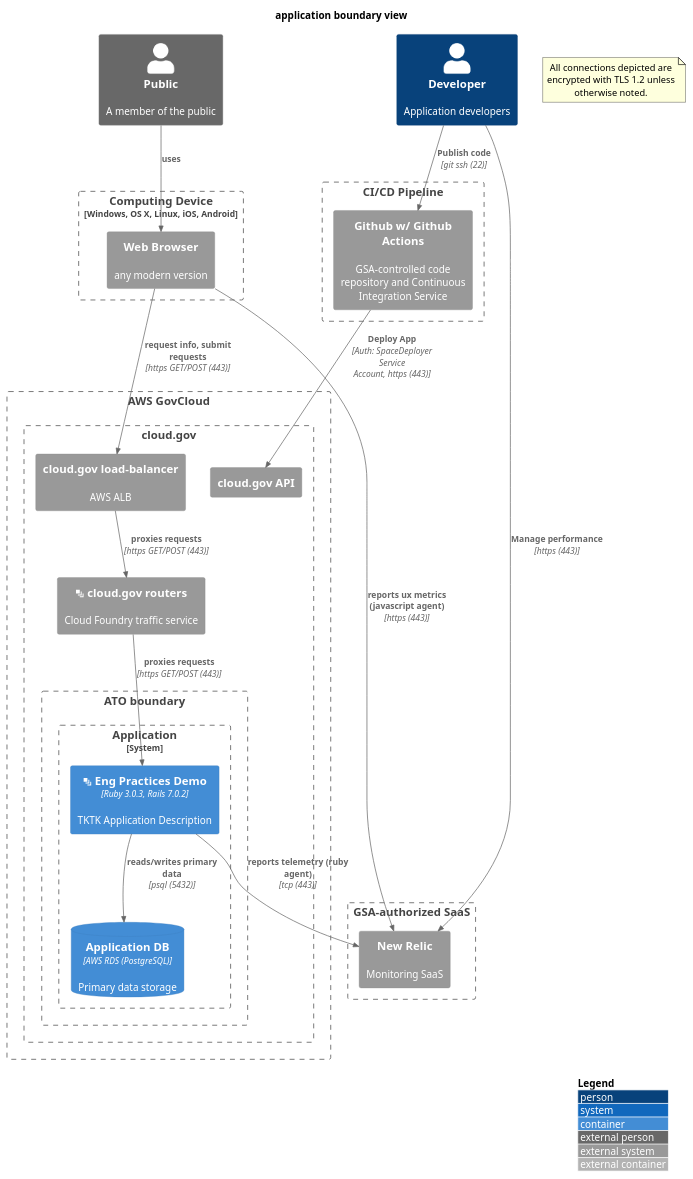
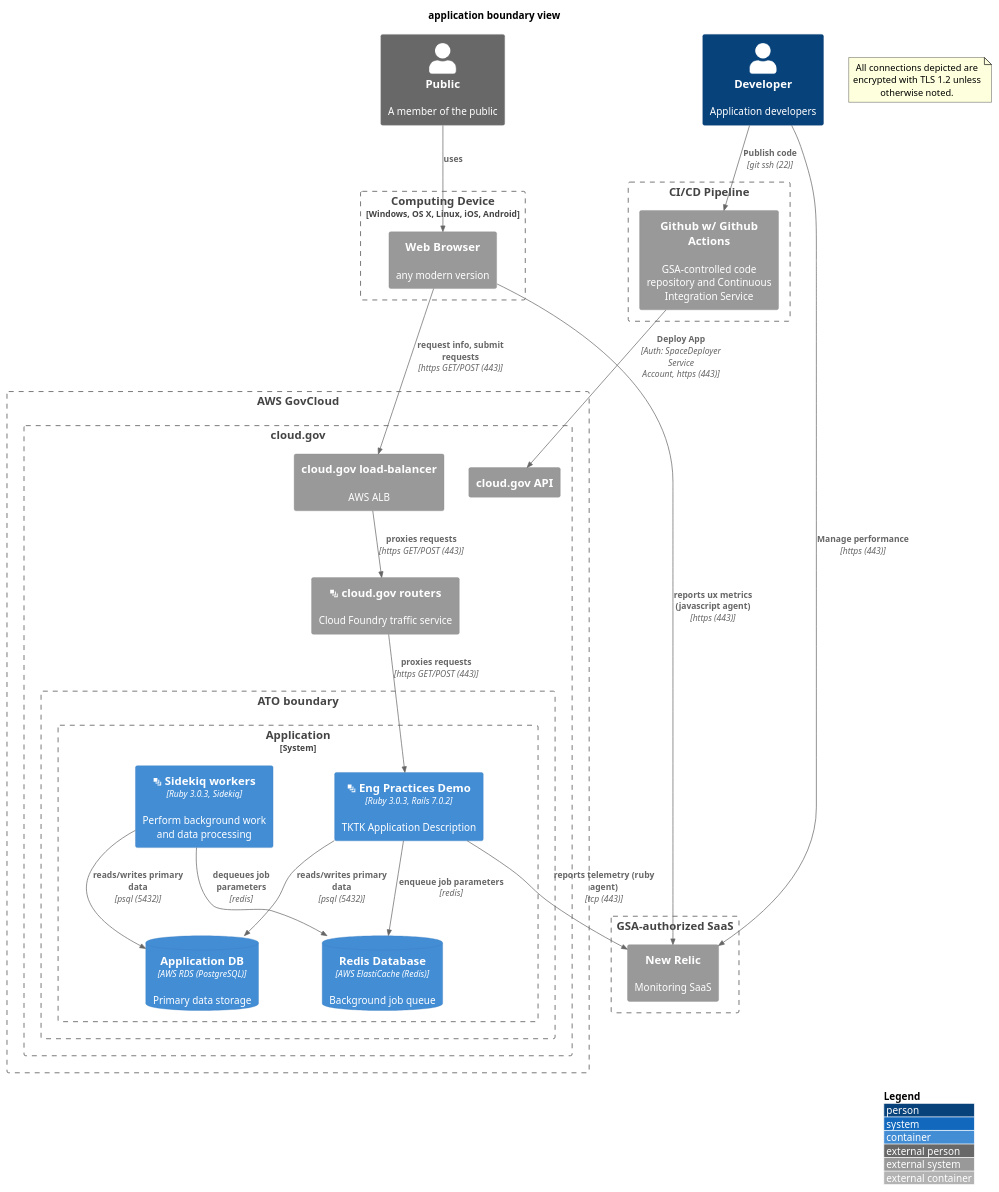
One commit to rahearn/eng-practices-demo changed the diagram in doc/compliance/apps/application.boundary.md. Above: the diagram before and after it, drawn with PlantUML. The commit also changed 11 other files, not shown here.

````diff
--- a/doc/compliance/apps/application.boundary.md
+++ b/doc/compliance/apps/application.boundary.md
@@ -5,71 +5,76 @@
 ```plantuml
 @startuml
 !include https://raw.githubusercontent.com/plantuml-stdlib/C4-PlantUML/master/C4_Container.puml
 ' uncomment the following line and comment the first to use locally
 ' !include C4_Container.puml
 LAYOUT_WITH_LEGEND()
 title application boundary view
 
 Person_Ext(public, "Public", "A member of the public")
 
 Boundary(device, "Computing Device", "Windows, OS X, Linux, iOS, Android"){
     System_Ext(browser, "Web Browser", "any modern version")
 }
 Rel(public, browser, "uses", "")
 
 note as EncryptionNote
 All connections depicted are encrypted with TLS 1.2 unless otherwise noted.
 end note
 Boundary(aws, "AWS GovCloud") {
     Boundary(cloudgov, "cloud.gov") {
         System_Ext(cg_api, "cloud.gov API")
         System_Ext(aws_alb, "cloud.gov load-balancer", "AWS ALB")
         System_Ext(cloudgov_router, "<&layers> cloud.gov routers", "Cloud Foundry traffic service")
         Boundary(atob, "ATO boundary") {
             System_Boundary(inventory, "Application") {
                 Container(app, "<&layers> Eng Practices Demo", "Ruby 3.0.3, Rails 7.0.2", "TKTK Application Description")
                 ContainerDb(app_db, "Application DB", "AWS RDS (PostgreSQL)", "Primary data storage")
+                Container(worker, "<&layers> Sidekiq workers", "Ruby 3.0.3, Sidekiq", "Perform background work and data processing")
+                ContainerDb(redis, "Redis Database", "AWS ElastiCache (Redis)", "Background job queue")
                 
             }
         }
     }
 }
 
 
 Boundary(gsa_saas, "GSA-authorized SaaS") {
     
     
     System_Ext(newrelic, "New Relic", "Monitoring SaaS")
     
 }
 
 
 Rel(app, newrelic, "reports telemetry (ruby agent)", "tcp (443)")
 Rel(browser, newrelic, "reports ux metrics (javascript agent)", "https (443)")
 
 
 Rel(browser, aws_alb, "request info, submit requests", "https GET/POST (443)")
 Rel(aws_alb, cloudgov_router, "proxies requests", "https GET/POST (443)")
 Rel(cloudgov_router, app, "proxies requests", "https GET/POST (443)")
 Rel(app, app_db, "reads/writes primary data", "psql (5432)")
 
 
 Person(developer, "Developer", "Application developers")
 Boundary(cicd, "CI/CD Pipeline") {
     
     
     System_Ext(githuball, "Github w/ Github Actions", "GSA-controlled code repository and Continuous Integration Service")
     
 }
 
 
 Rel(developer, githuball, "Publish code", "git ssh (22)")
 Rel(githuball, cg_api, "Deploy App", "Auth: SpaceDeployer Service Account, https (443)")
 
 
 
 
 Rel(developer, newrelic, "Manage performance", "https (443)")
 
+Rel(app, redis, "enqueue job parameters", "redis")
+Rel(worker, redis, "dequeues job parameters", "redis")
+Rel(worker, app_db, "reads/writes primary data", "psql (5432)")
 @enduml
 ```
````
